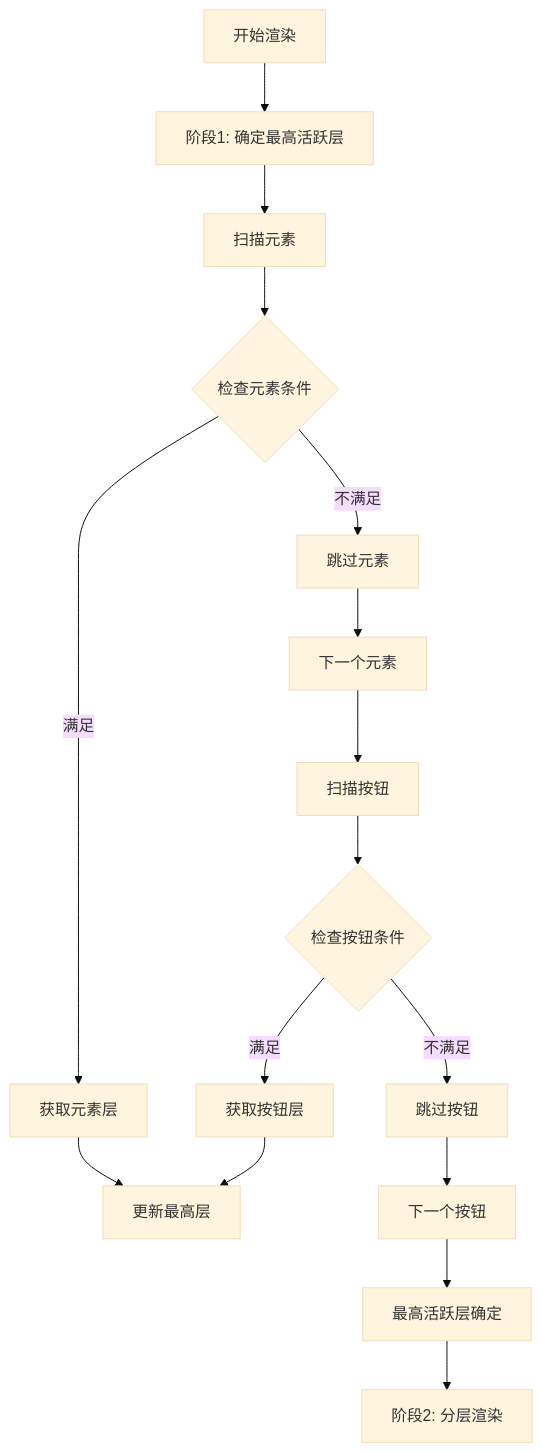
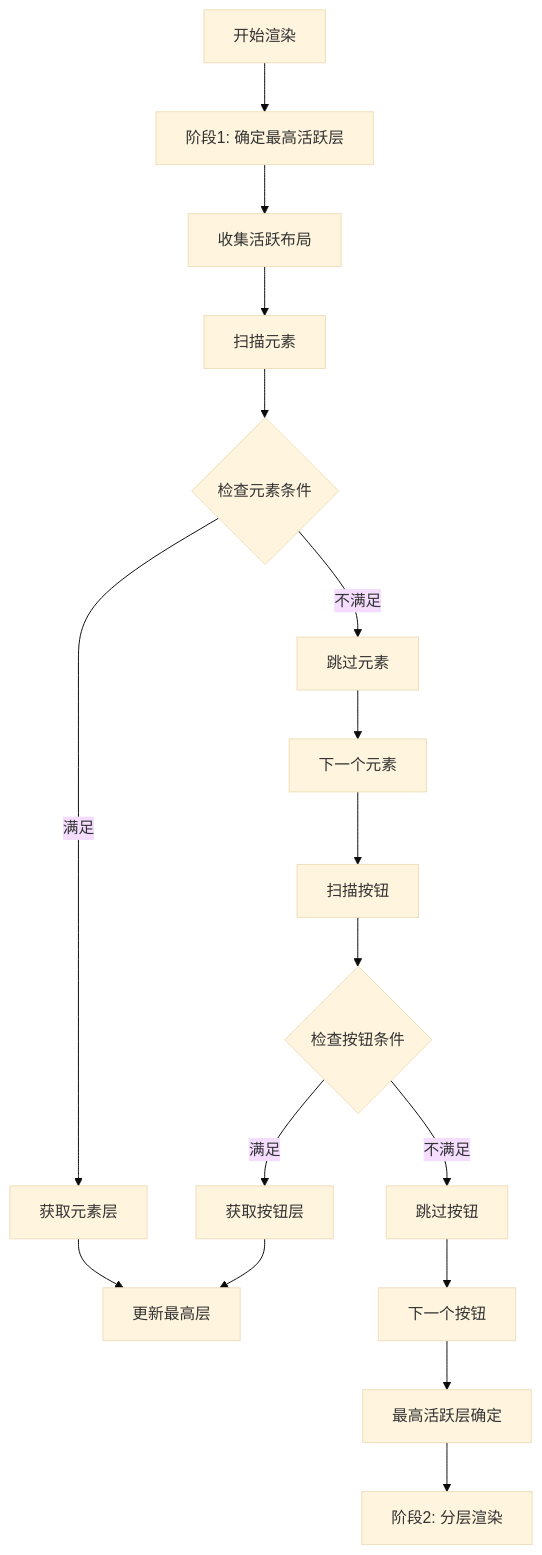
One commit to xingye00186/PHP-Data-UI-Framework-powered-by-swooleAOT changed the third of 11 diagrams in .qoder/repowiki/zh/content/C++渲染层/BaseRenderer基础渲染器.md. Above: the diagram before and after it, drawn with Mermaid (base theme). The commit also changed other lines of this file and 10 other files, not shown here.

````diff
--- a/.qoder/repowiki/zh/content/C++渲染层/BaseRenderer基础渲染器.md
+++ b/.qoder/repowiki/zh/content/C++渲染层/BaseRenderer基础渲染器.md
@@ -146,18 +220,19 @@
 ```mermaid
 flowchart TD
 Start[开始渲染] --> Phase1[阶段1: 确定最高活跃层]
-Phase1 --> ScanElements[扫描元素]
+Phase1 --> CollectLayouts[收集活跃布局]
+CollectLayouts --> ScanElements[扫描元素]
 ScanElements --> CheckElementCond{检查元素条件}
 CheckElementCond --> |满足| GetElementLayer[获取元素层]
 CheckElementCond --> |不满足| SkipElement[跳过元素]
 GetElementLayer --> UpdateMaxLayer[更新最高层]
 SkipElement --> NextElement[下一个元素]
 NextElement --> ScanButtons[扫描按钮]
 ScanButtons --> CheckButtonCond{检查按钮条件}
 CheckButtonCond --> |满足| GetButtonLayer[获取按钮层]
 CheckButtonCond --> |不满足| SkipButton[跳过按钮]
 GetButtonLayer --> UpdateMaxLayer
 SkipButton --> NextButton[下一个按钮]
 NextButton --> MaxLayerFound[最高活跃层确定]
 MaxLayerFound --> Phase2[阶段2: 分层渲染]
 ```
````
